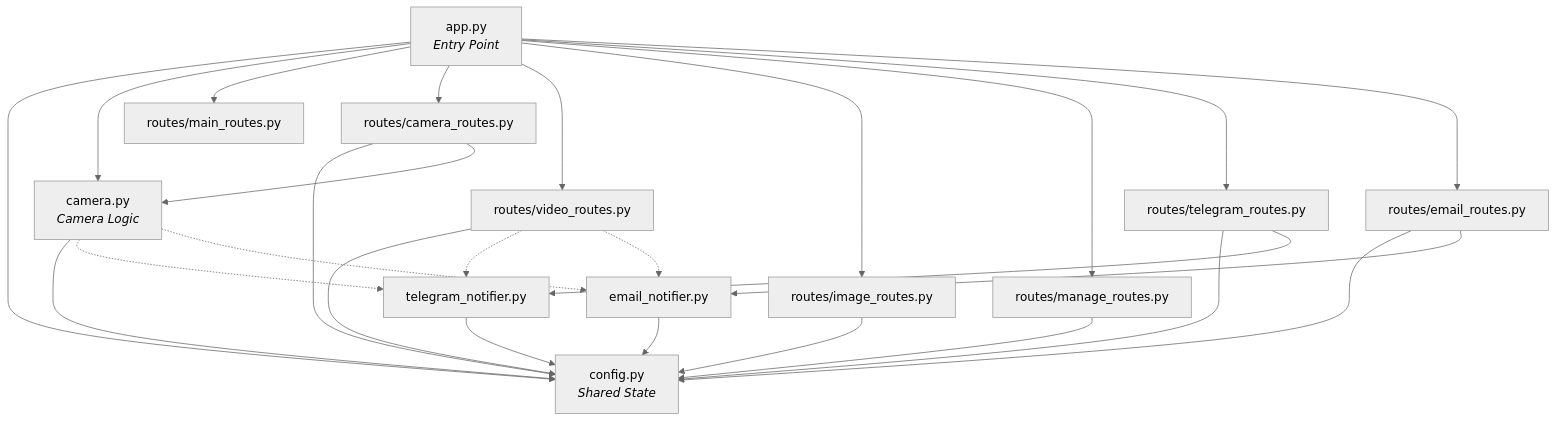
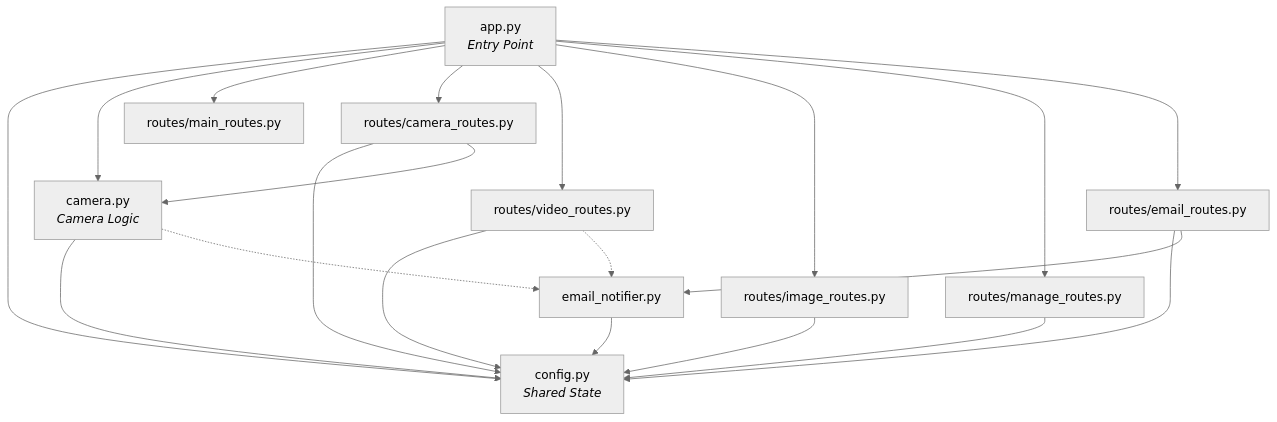
One commit to kietphuchau-create/yolo_cuoiky changed the diagram in README.md. Above: the diagram before and after it, drawn with Mermaid (neutral theme). The commit also changed other lines of this file and 7 other files, not shown here.

````diff
--- a/README.md
+++ b/README.md
@@ -128,33 +125,25 @@
 ```mermaid
 graph TD
     A["app.py<br/><i>Entry Point</i>"] --> C["config.py<br/><i>Shared State</i>"]
     A --> CAM["camera.py<br/><i>Camera Logic</i>"]
     A --> MR["routes/main_routes.py"]
     A --> CR["routes/camera_routes.py"]
     A --> VR["routes/video_routes.py"]
     A --> IR["routes/image_routes.py"]
     A --> MGR["routes/manage_routes.py"]
-    A --> TR["routes/telegram_routes.py"]
     A --> ER["routes/email_routes.py"]
 
     CAM --> C
     CR --> C
     CR --> CAM
     VR --> C
     IR --> C
     MGR --> C
-    TR --> C
     ER --> C
     
-    %% Telegram Alerts dependencies
-    CAM -.-> TN["telegram_notifier.py"]
-    VR -.-> TN
-    TR --> TN
-    TN --> C
-
     %% Email Alerts dependencies
     CAM -.-> EN["email_notifier.py"]
     VR -.-> EN
     ER --> EN
     EN --> C
 ```
````
